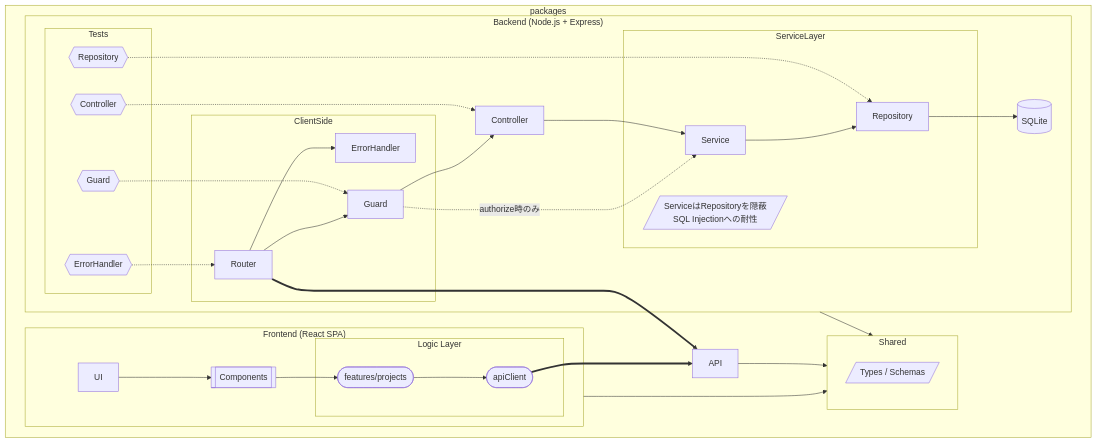
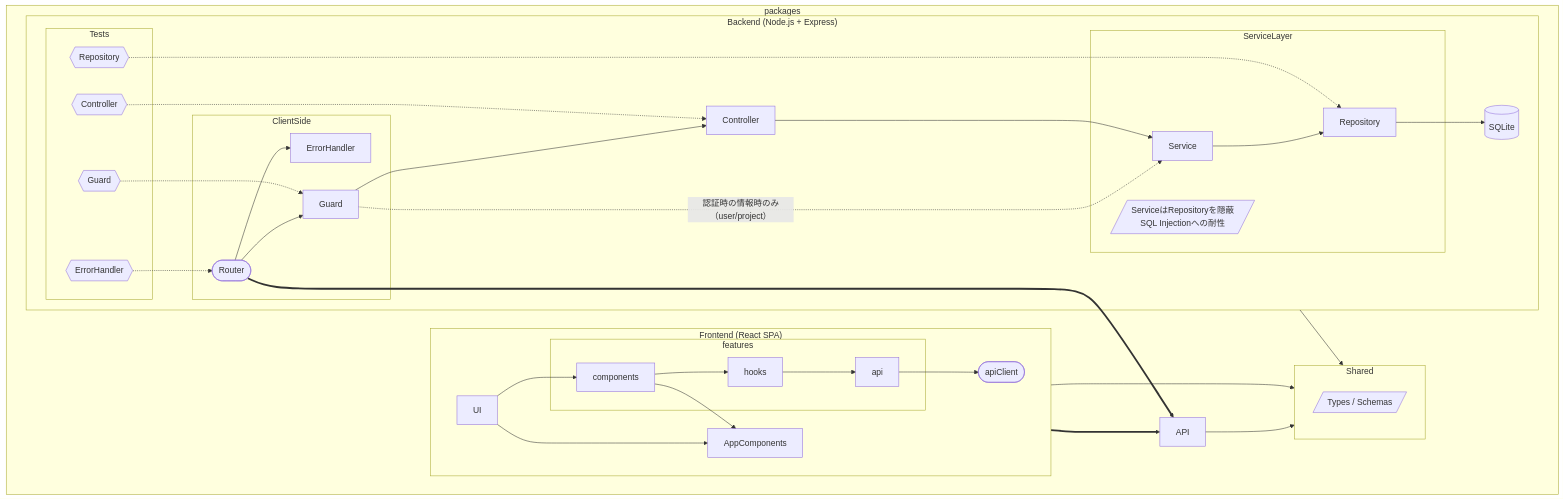
The diagram in docs/PortforioFlow.mermaid.md (fujitashuichi/shared-driven-layered-ddd), drawn with Mermaid before and after one commit. The commit also changed 20 other files, not shown here.

````diff
--- a/docs/PortforioFlow.mermaid.md
+++ b/docs/PortforioFlow.mermaid.md
@@ -1,69 +1,75 @@
 ```mermaid
 flowchart LR
   subgraph packages
     direction LR
 
     subgraph BE["Backend (Node.js + Express)"]
       subgraph Test["Tests"]
         ErrorHandlerTest{{ErrorHandler}}
         ControllerTest{{Controller}}
         GuardTest{{Guard}}
         RepositoryTest{{Repository}}
       end
 
       subgraph ClientSide
-        Router
+        Router([Router])
         ErrorHandler
         Middleware["Guard"]
       end
       Controller[Controller]
       subgraph ServiceLayer
         note_ServiceLayer[/ServiceはRepositoryを隠蔽\nSQL Injectionへの耐性/]
         Service
         Repository[Repository]
       end
       DB[(SQLite)]
 
       %% Backend Flow
       Router --> ErrorHandler
       Router --> Middleware
       Middleware --> Controller
-      Middleware -.->|authorize時のみ| Service
+      Middleware -.->|認証時の情報時のみ（user/project）| Service
       Controller --> Service
       Service --> Repository
       Repository --> DB
 
       %% Tests
       GuardTest -.-> Middleware
       ControllerTest -.-> Controller
       RepositoryTest -.-> Repository
       ErrorHandlerTest -.-> Router
     end
 
     subgraph Shared["Shared"]
       SharedTypes[/Types / Schemas/]
     end
 
     subgraph FE["Frontend (React SPA)"]
-      subgraph Logic["Logic Layer"]
-        ApiClient([apiClient])
-        Features([features/projects])
+      direction LR
+
+      subgraph Features[features]
+        components
+        --> hooks
+        --> api
       end
-      Components[[Components]]
-      UI
+      apiClient([apiClient])
 
       %% FE Flow
-      UI --> Components
-      Components --> Features --> ApiClient
+      UI
+      --> components
+
+      UI & components --> AppComponents
+
+      api --> apiClient
     end
 
     %% Frontend <-> Backend
-    ApiClient ==> API
+    apiClient ==> API
     Router ==> API
 
     %% -> Shared
     FE --> Shared
     BE --> Shared
     API --> Shared
   end
 ```
````
